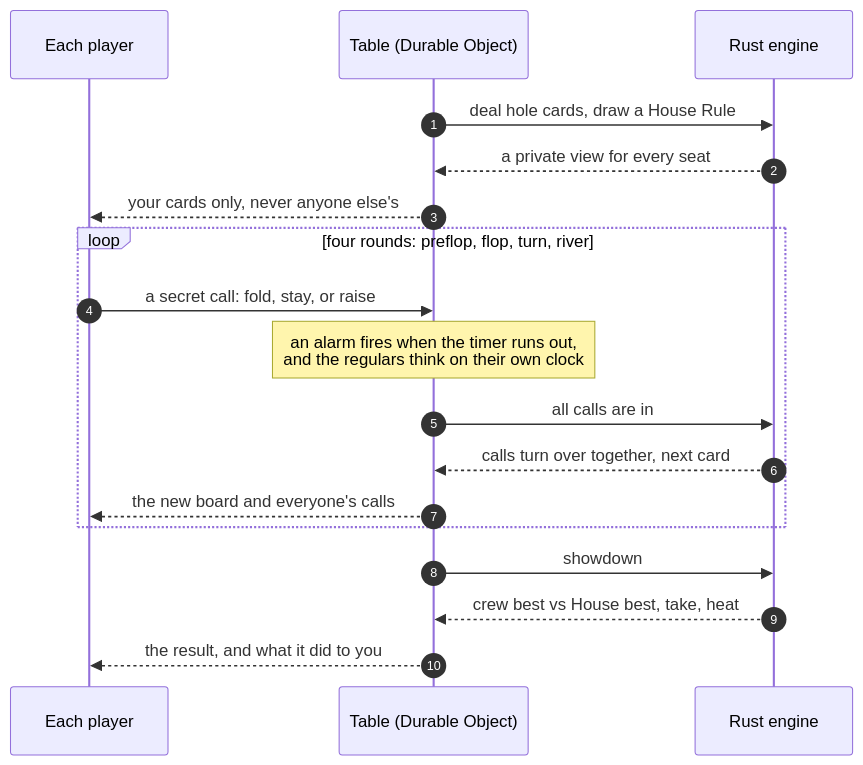
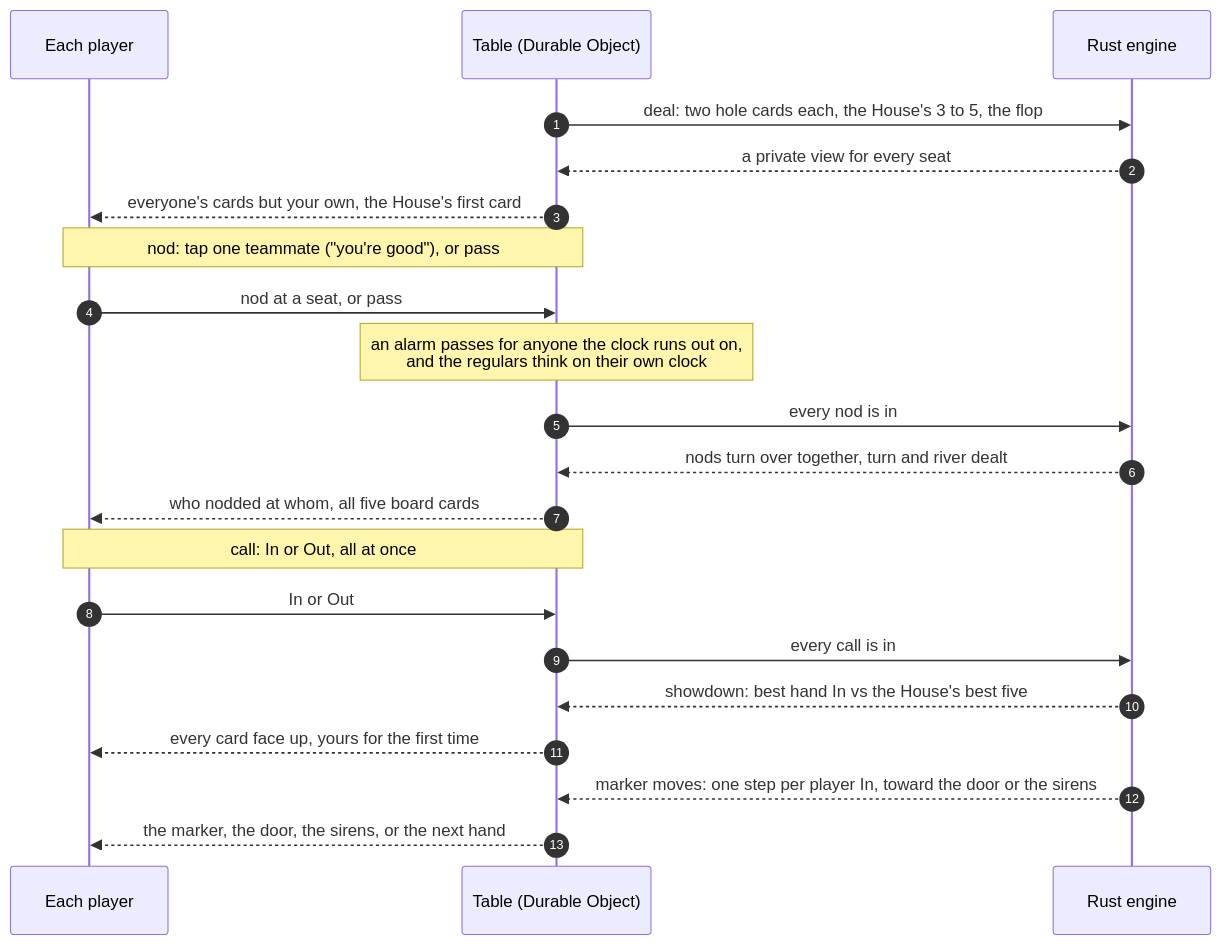
Before and after one commit to KarthikSubramanian07/893-Hold-em: the second of 2 diagrams in README.md, drawn with Mermaid. The commit also changed other lines of this file and 6 other files, not shown here.

````diff
--- a/README.md
+++ b/README.md
@@ -95,20 +98,23 @@
 ```mermaid
 sequenceDiagram
   autonumber
   participant P as Each player
   participant DO as Table (Durable Object)
   participant E as Rust engine
-  DO->>E: deal hole cards, draw a House Rule
+  DO->>E: deal: two hole cards each, the House's 3 to 5, the flop
   E-->>DO: a private view for every seat
-  DO-->>P: your cards only, never anyone else's
-  loop four rounds: preflop, flop, turn, river
-    P->>DO: a secret call: fold, stay, or raise
-    Note over DO: an alarm fires when the timer runs out,<br/>and the regulars think on their own clock
-    DO->>E: all calls are in
-    E-->>DO: calls turn over together, next card
-    DO-->>P: the new board and everyone's calls
-  end
-  DO->>E: showdown
-  E-->>DO: crew best vs House best, take, heat
-  DO-->>P: the result, and what it did to you
+  DO-->>P: everyone's cards but your own, the House's first card
+  Note over P,DO: nod: tap one teammate ("you're good"), or pass
+  P->>DO: nod at a seat, or pass
+  Note over DO: an alarm passes for anyone the clock runs out on,<br/>and the regulars think on their own clock
+  DO->>E: every nod is in
+  E-->>DO: nods turn over together, turn and river dealt
+  DO-->>P: who nodded at whom, all five board cards
+  Note over P,DO: call: In or Out, all at once
+  P->>DO: In or Out
+  DO->>E: every call is in
+  E-->>DO: showdown: best hand In vs the House's best five
+  DO-->>P: every card face up, yours for the first time
+  E-->>DO: marker moves: one step per player In, toward the door or the sirens
+  DO-->>P: the marker, the door, the sirens, or the next hand
 ```
````
